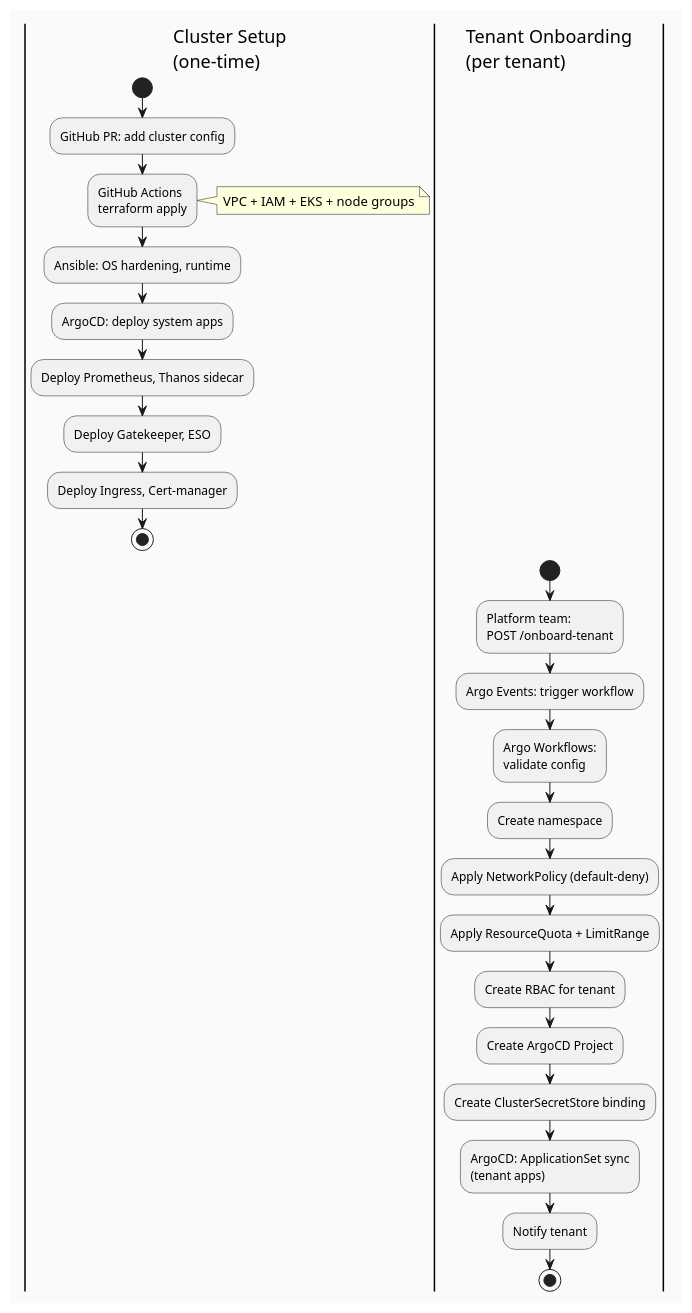
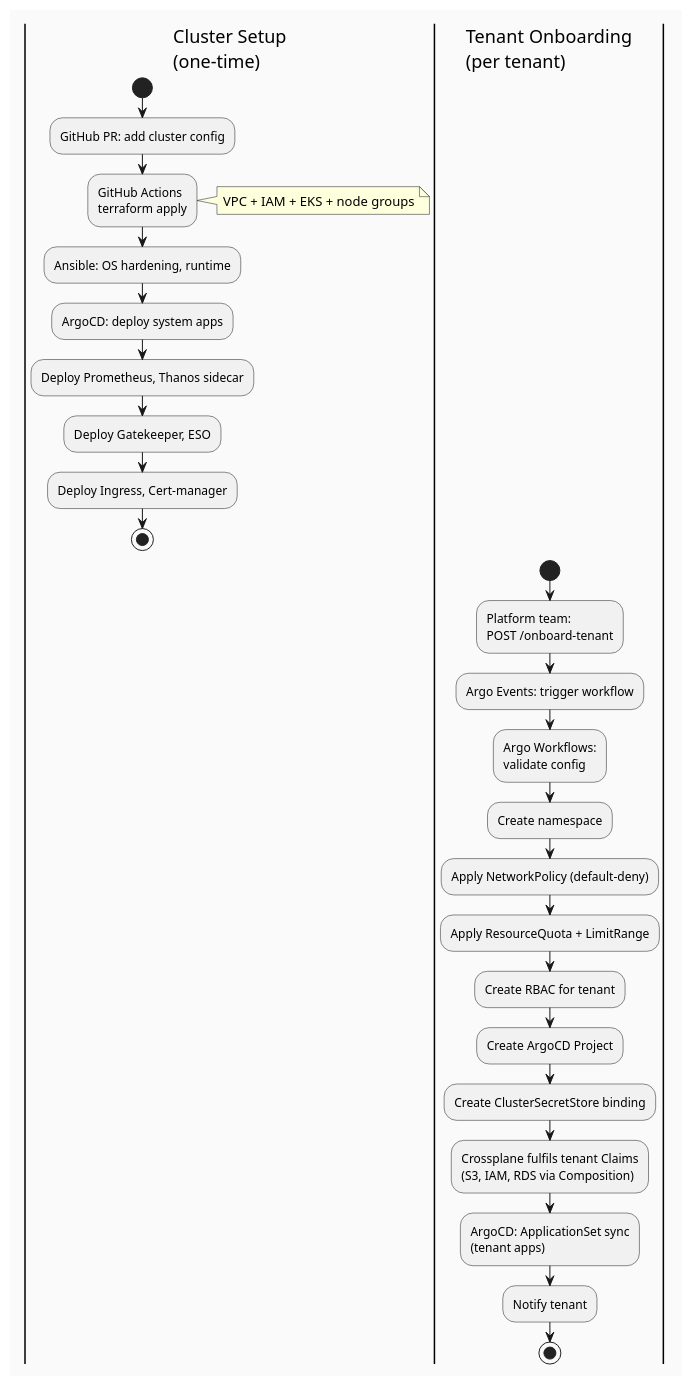
Before and after one commit to zbitmanis/k8s-on-demand: the second of 2 diagrams in docs/architecture.md, drawn with PlantUML. The commit also changed other lines of this file and 86 other files, not shown here.

````diff
--- a/docs/architecture.md
+++ b/docs/architecture.md
@@ -75,33 +107,34 @@
 ```plantuml
 @startuml
 skinparam backgroundColor #FAFAFA
 skinparam defaultFontName Arial
 
 |Cluster Setup\n(one-time)|
 start
 :GitHub PR: add cluster config;
 :GitHub Actions\nterraform apply;
 note right: VPC + IAM + EKS + node groups
 :Ansible: OS hardening, runtime;
 :ArgoCD: deploy system apps;
 :Deploy Prometheus, Thanos sidecar;
 :Deploy Gatekeeper, ESO;
 :Deploy Ingress, Cert-manager;
 stop
 
 |Tenant Onboarding\n(per tenant)|
 start
 :Platform team:\nPOST /onboard-tenant;
 :Argo Events: trigger workflow;
 :Argo Workflows:\nvalidate config;
 :Create namespace;
 :Apply NetworkPolicy (default-deny);
 :Apply ResourceQuota + LimitRange;
 :Create RBAC for tenant;
 :Create ArgoCD Project;
 :Create ClusterSecretStore binding;
+:Crossplane fulfils tenant Claims\n(S3, IAM, RDS via Composition);
 :ArgoCD: ApplicationSet sync\n(tenant apps);
 :Notify tenant;
 stop
 @enduml
 ```
````
